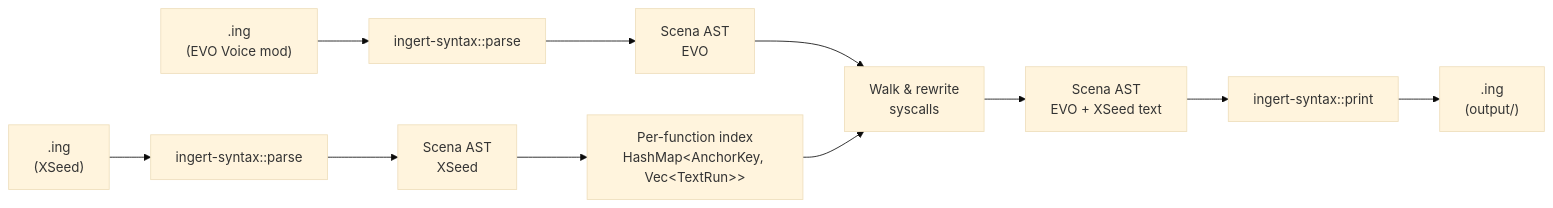
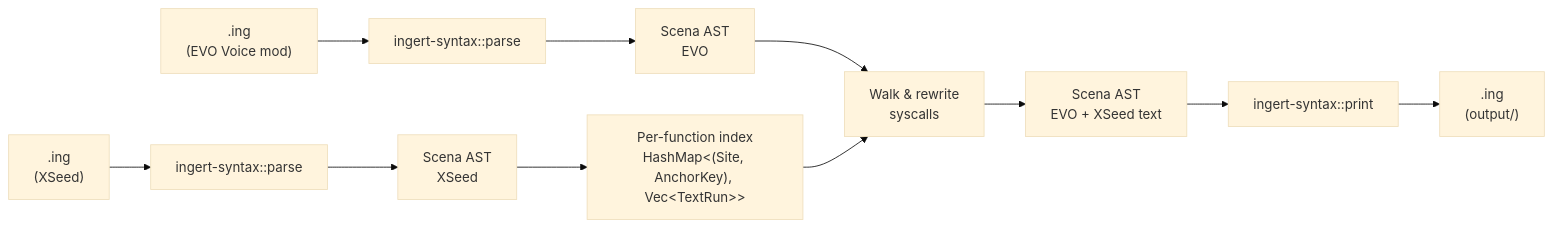
Before and after one commit to kvnxiao/sora-remake-merge: the first of 5 diagrams in docs/ARCHITECTURE.md, drawn with Mermaid (base theme). The commit also changed other lines of this file and 11 other files, not shown here.

````diff
--- a/docs/ARCHITECTURE.md
+++ b/docs/ARCHITECTURE.md
@@ -49,13 +60,13 @@
 ```mermaid
 flowchart LR
     EVO[".ing<br/>(EVO Voice mod)"] --> P1[ingert-syntax::parse]
     XS[".ing<br/>(XSeed)"] --> P2[ingert-syntax::parse]
     P1 --> EAST[Scena AST<br/>EVO]
     P2 --> XAST[Scena AST<br/>XSeed]
-    XAST --> IDX["Per-function index<br/>HashMap&lt;AnchorKey, Vec&lt;TextRun&gt;&gt;"]
+    XAST --> IDX["Per-function index<br/>HashMap&lt;(Site, AnchorKey), Vec&lt;TextRun&gt;&gt;"]
     EAST --> W[Walk &amp; rewrite<br/>syscalls]
     IDX --> W
     W --> EAST2[Scena AST<br/>EVO + XSeed text]
     EAST2 --> PR[ingert-syntax::print]
     PR --> OUT[".ing<br/>(output/)"]
 ```
````
